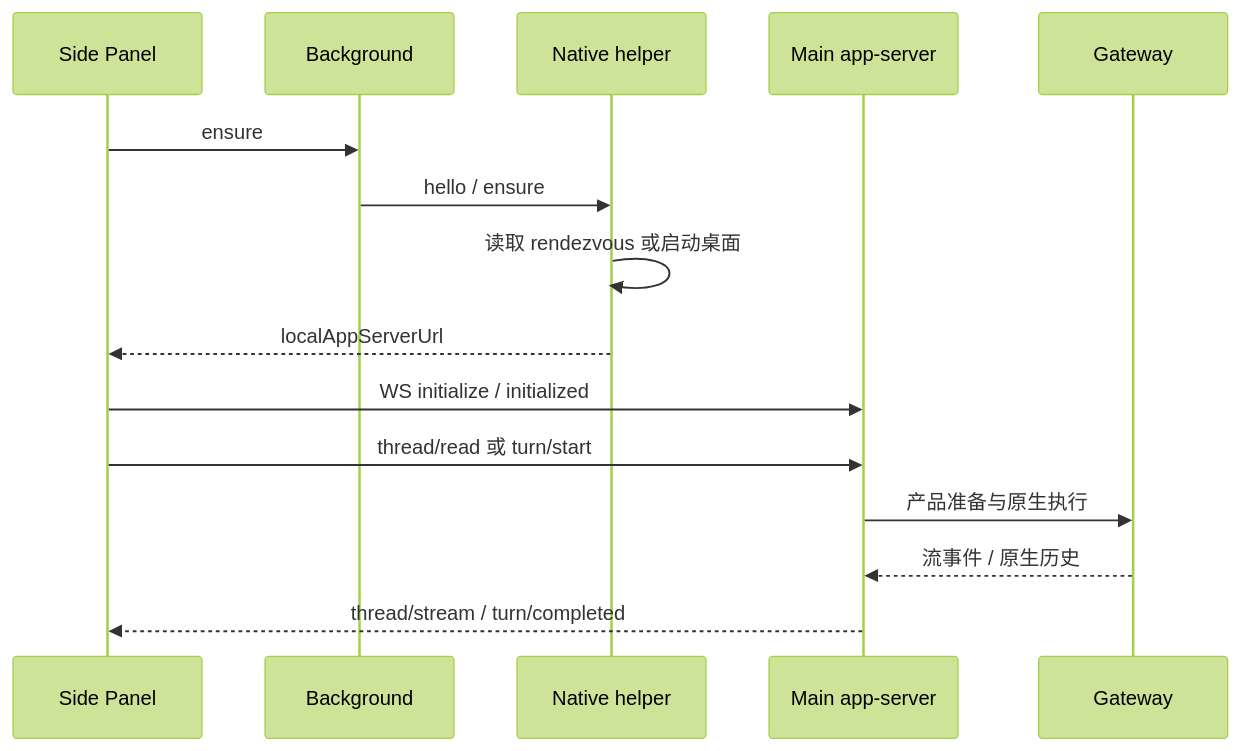
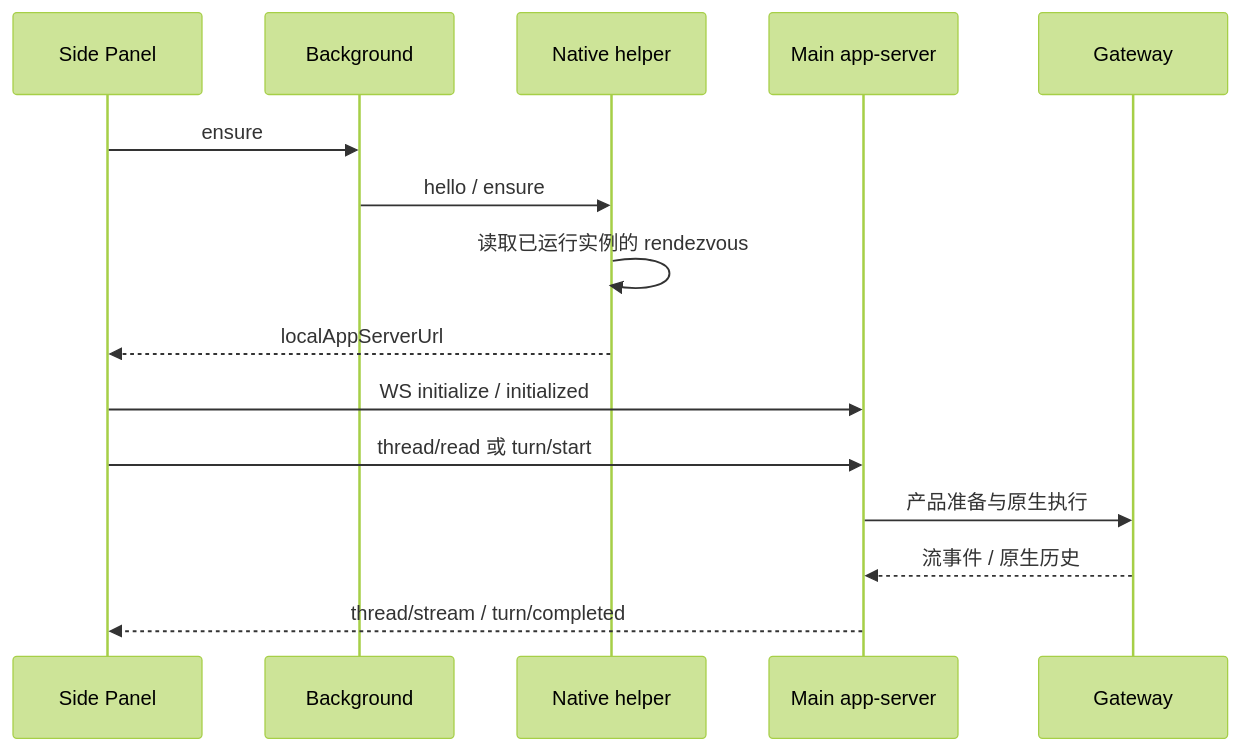
One commit to liangxhao/JustDo changed the diagram in docs/features/browser/browser-extension-side-chat.md. Above: the diagram before and after it, drawn with Mermaid (forest theme). The commit also changed other lines of this file and 19 other files, not shown here.

````diff
--- a/docs/features/browser/browser-extension-side-chat.md
+++ b/docs/features/browser/browser-extension-side-chat.md
@@ -17,17 +17,17 @@
 ```mermaid
 sequenceDiagram
   participant Panel as Side Panel
   participant BG as Background
   participant Host as Native helper
   participant Main as Main app-server
   participant G as Gateway
   Panel->>BG: ensure
   BG->>Host: hello / ensure
-  Host->>Host: 读取 rendezvous 或启动桌面
+  Host->>Host: 读取已运行实例的 rendezvous
   Host-->>Panel: localAppServerUrl
   Panel->>Main: WS initialize / initialized
   Panel->>Main: thread/read 或 turn/start
   Main->>G: 产品准备与原生执行
   G-->>Main: 流事件 / 原生历史
   Main-->>Panel: thread/stream / turn/completed
 ```
````
